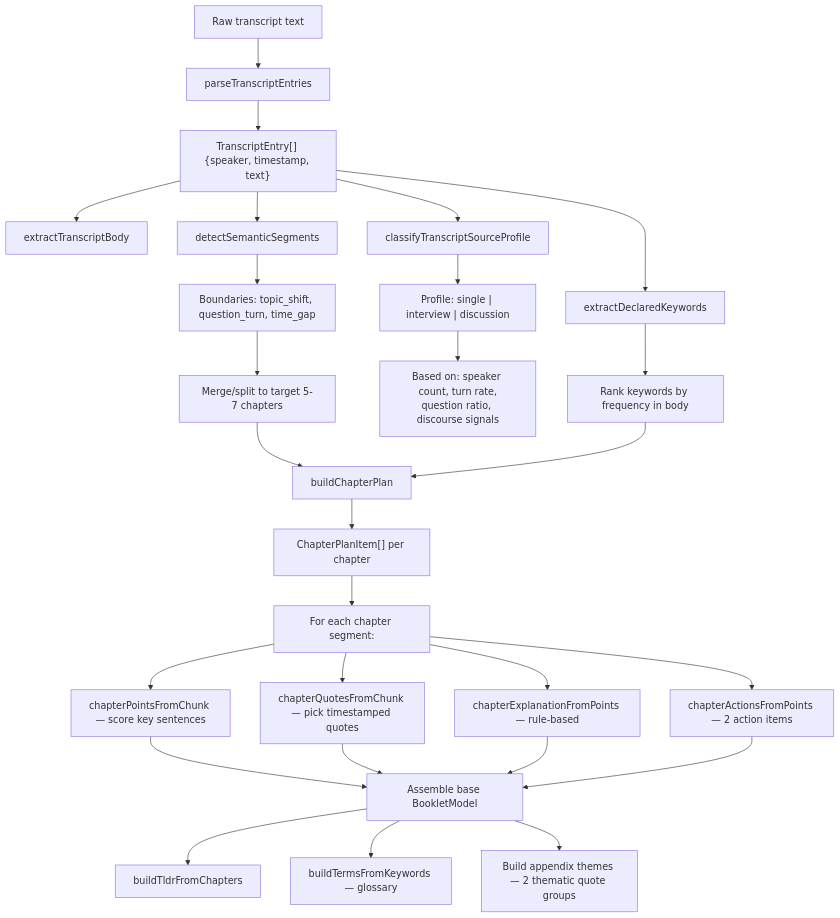
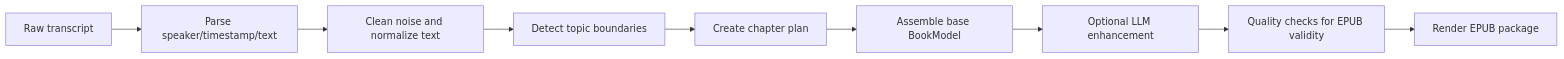
One commit to CeciliaHahan/podcast_to_ebook changed the third of 3 diagrams in README.md. Above: the diagram before and after it, drawn with Mermaid. The commit also changed other lines of this file and 2 other files, not shown here.

Commit message:
docs: rewrite flowcharts for single-user transcript->epub path

````diff
--- a/README.md
+++ b/README.md
@@ -101,31 +82,11 @@
 ```mermaid
-flowchart TD
-  A[Raw transcript text] --> B[parseTranscriptEntries]
-  B --> C["TranscriptEntry[] {speaker, timestamp, text}"]
-
-  C --> D[extractDeclaredKeywords]
-  C --> E[extractTranscriptBody]
-  D --> F[Rank keywords by frequency in body]
-
-  C --> G[classifyTranscriptSourceProfile]
-  G --> H["Profile: single | interview | discussion"]
-  H --> I["Based on: speaker count, turn rate,\nquestion ratio, discourse signals"]
-
-  C --> J[detectSemanticSegments]
-  J --> K["Boundaries: topic_shift, question_turn, time_gap"]
-  K --> L[Merge/split to target 5-7 chapters]
-  L --> M[buildChapterPlan]
-  F --> M
-
-  M --> N["ChapterPlanItem[] per chapter"]
-  N --> O["For each chapter segment:"]
-  O --> P[chapterPointsFromChunk — score key sentences]
-  O --> Q[chapterQuotesFromChunk — pick timestamped quotes]
-  O --> R[chapterExplanationFromPoints — rule-based]
-  O --> S[chapterActionsFromPoints — 2 action items]
-
-  P & Q & R & S --> T[Assemble base BookletModel]
-  T --> U[buildTldrFromChapters]
-  T --> V[buildTermsFromKeywords — glossary]
-  T --> W[Build appendix themes — 2 thematic quote groups]
+flowchart LR
+  A[Raw transcript] --> B[Parse speaker/timestamp/text]
+  B --> C[Clean noise and normalize text]
+  C --> D[Detect topic boundaries]
+  D --> E[Create chapter plan]
+  E --> F[Assemble base BookModel]
+  F --> G[Optional LLM enhancement]
+  G --> H[Quality checks for EPUB validity]
+  H --> I[Render EPUB package]
 ```
````
